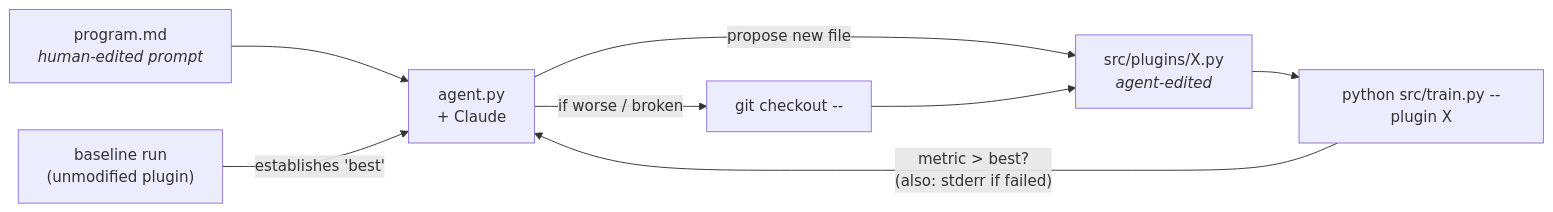
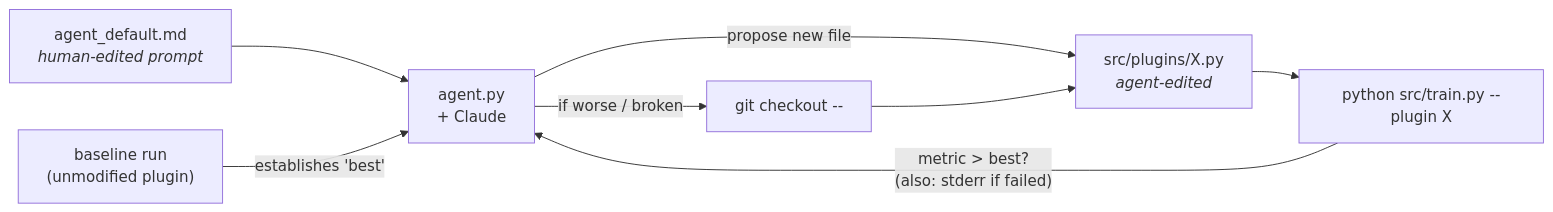
The sixth of 7 diagrams in README.md (dnewcome/sage-baker), drawn with Mermaid before and after one commit. The commit also changed other lines of this file and 9 other files, not shown here.

First line of the commit message:
rename program*.md → agent*.md for naming consistency

````diff
--- a/README.md
+++ b/README.md
@@ -1226,16 +1226,16 @@
 ```mermaid
 flowchart LR
-  PROG[program.md<br/><i>human-edited prompt</i>]
+  PROG[agent_default.md<br/><i>human-edited prompt</i>]
   BASE["baseline run<br/>(unmodified plugin)"]
   AGENT[agent.py<br/>+ Claude]
   PLUGIN[src/plugins/X.py<br/><i>agent-edited</i>]
   TRAIN["python src/train.py --plugin X"]
   REVERT[git checkout --]
 
   PROG --> AGENT
   BASE -->|"establishes 'best'"| AGENT
   AGENT -->|propose new file| PLUGIN
   PLUGIN --> TRAIN
   TRAIN -->|"metric > best?<br/>(also: stderr if failed)"| AGENT
   AGENT -->|"if worse / broken"| REVERT --> PLUGIN
 ```
````
